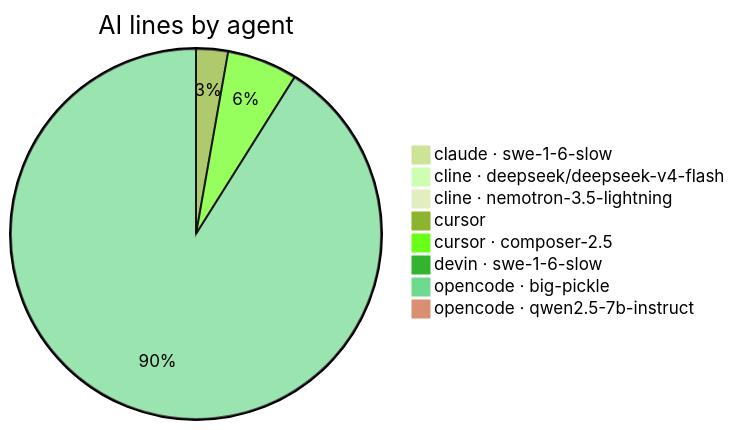
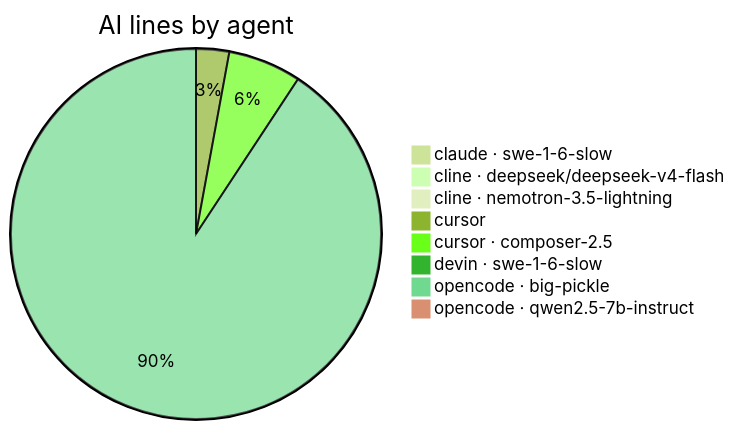
One commit to CaliMark/game-of-life changed the second of 5 diagrams in AI-AUTHORSHIP.md. Above: the diagram before and after it, drawn with Mermaid (forest theme). The commit also changed other lines of this file and 1 other file, not shown here.

````diff
--- a/AI-AUTHORSHIP.md
+++ b/AI-AUTHORSHIP.md
@@ -37,11 +37,11 @@
 ```mermaid
 pie title AI lines by agent
     "claude · swe-1-6-slow" : 1
     "cline · deepseek/deepseek-v4-flash" : 1
     "cline · nemotron-3.5-lightning" : 1
     "cursor" : 19
     "cursor · composer-2.5" : 42
     "devin · swe-1-6-slow" : 1
-    "opencode · big-pickle" : 622
+    "opencode · big-pickle" : 597
     "opencode · qwen2.5-7b-instruct" : 3
 ```
````
